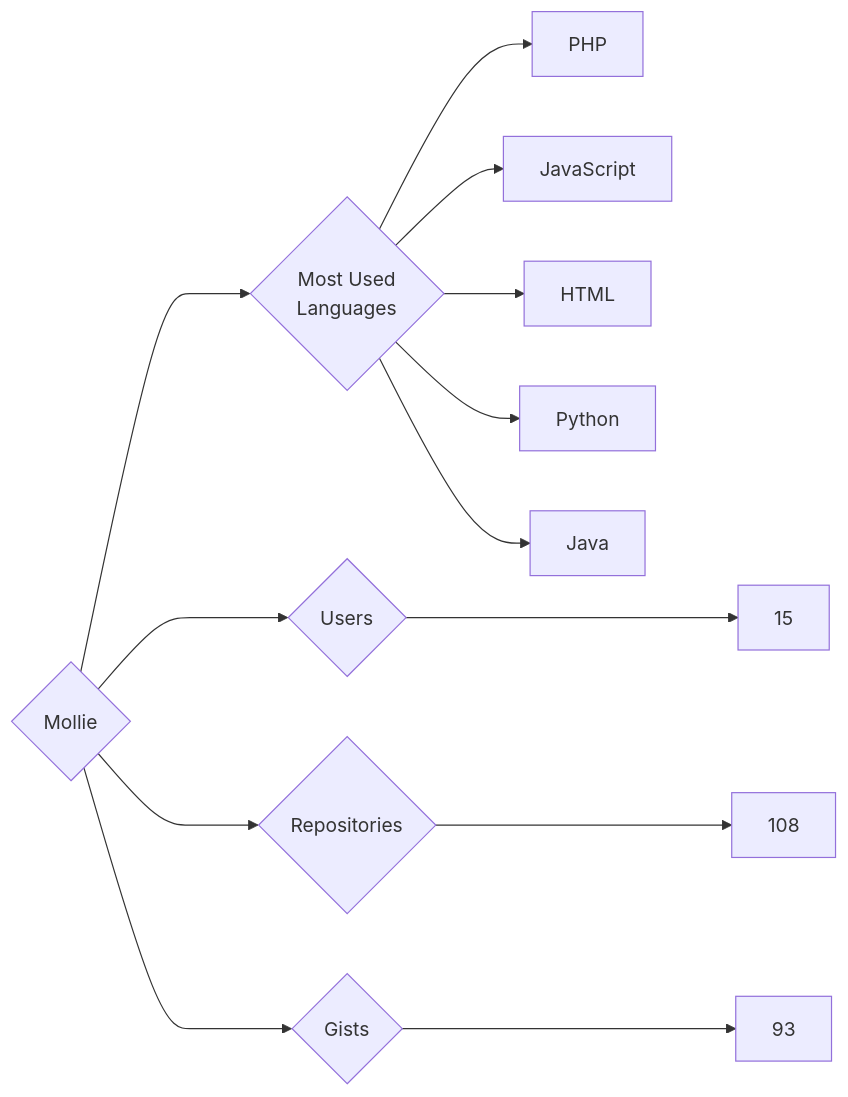
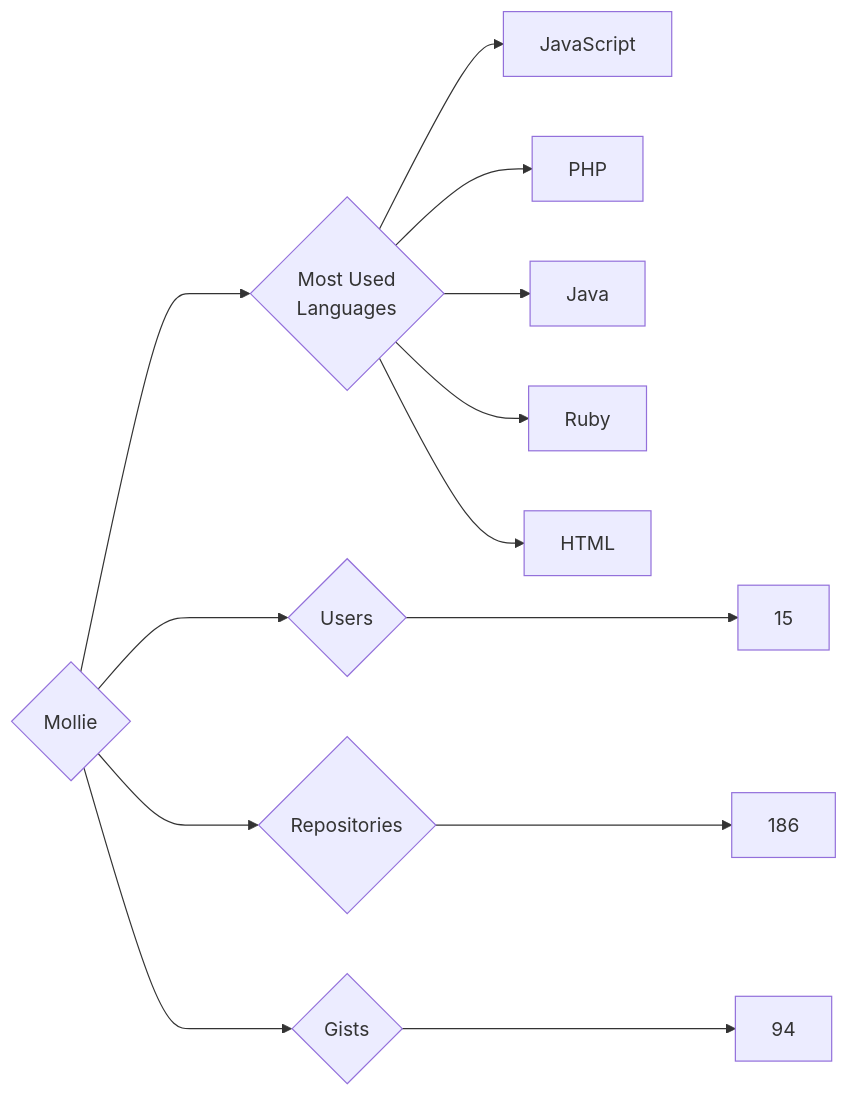
The diagram in targets/Mollie/README.md (trickest/insiders), drawn with Mermaid before and after one commit. The commit also changed 1484 other files, not shown here.

````diff
--- a/targets/Mollie/README.md
+++ b/targets/Mollie/README.md
@@ -3,13 +3,13 @@
 ```mermaid
 graph LR
 COMPANY_NAME{Mollie}
 COMPANY_NAME ---> U{Users} ---> UN[15]
-COMPANY_NAME ---> R{Repositories} ---> RN[108]
-COMPANY_NAME ---> G{Gists} ---> GN[93]
+COMPANY_NAME ---> R{Repositories} ---> RN[186]
+COMPANY_NAME ---> G{Gists} ---> GN[94]
 COMPANY_NAME ---> ML{Most Used<br>Languages}
+ML --> JavaScript[JavaScript]
 ML --> PHP[PHP]
-ML --> JavaScript[JavaScript]
+ML --> Java[Java]
+ML --> Ruby[Ruby]
 ML --> HTML[HTML]
-ML --> Python[Python]
-ML --> Java[Java]
 ```
````
